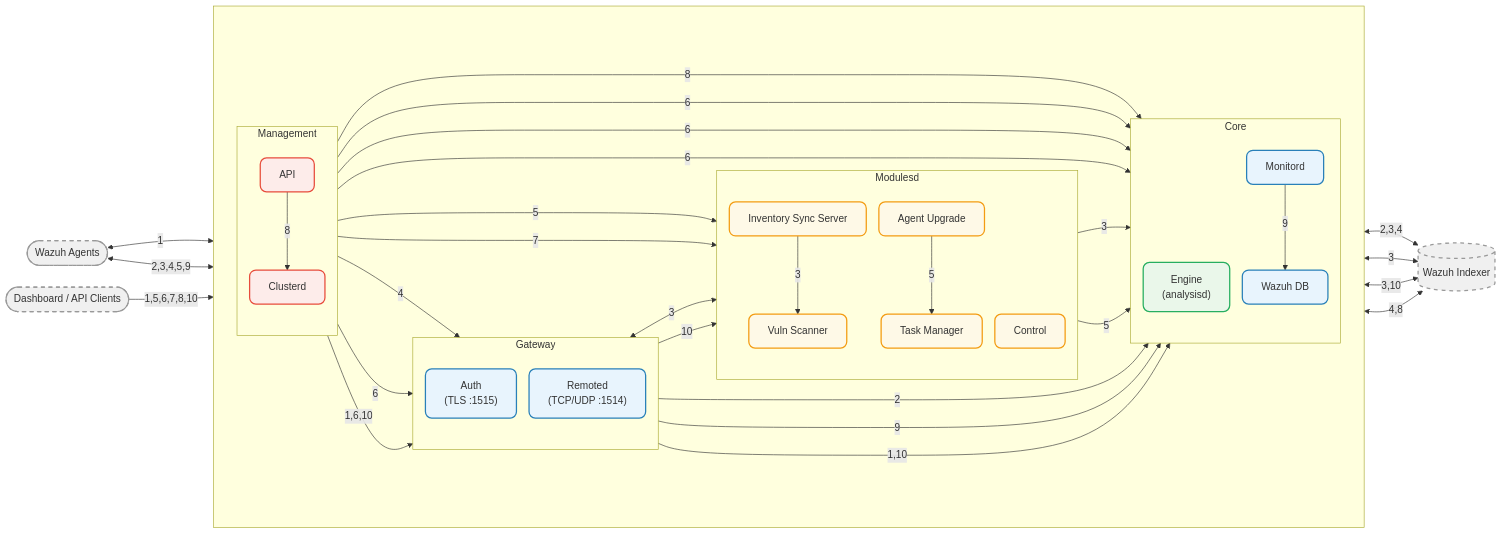
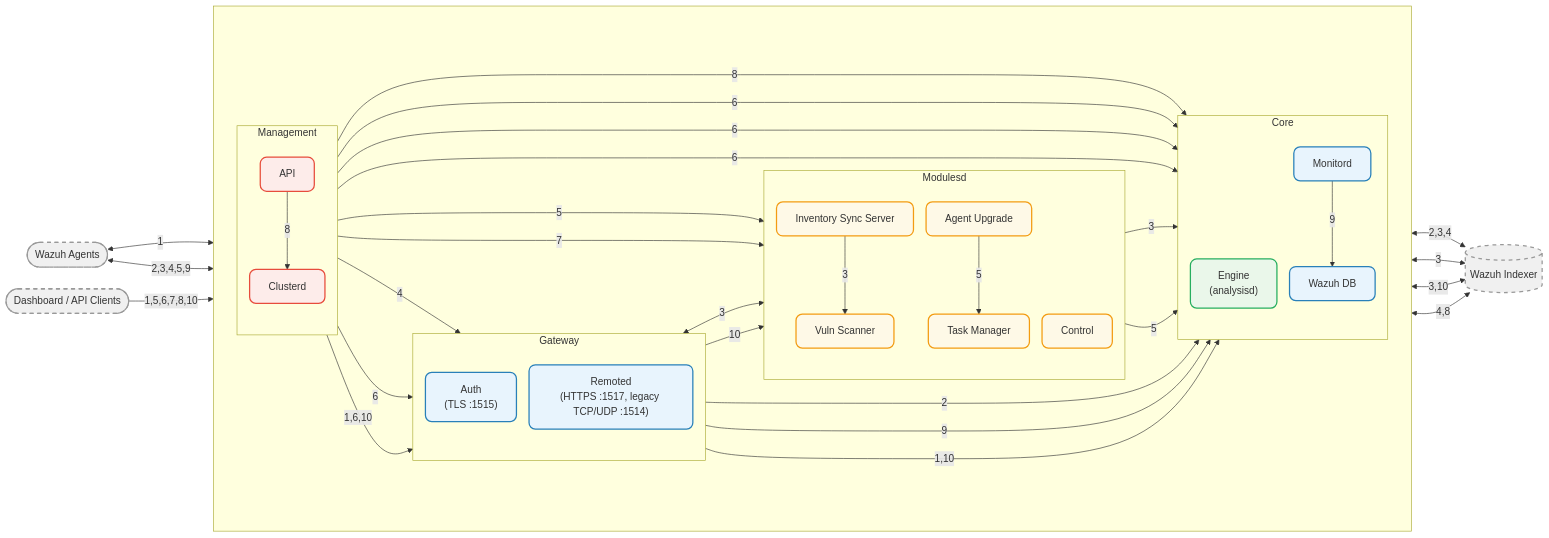
One commit to wazuh/wazuh changed the diagram in docs/ref/architecture.md. Above: the diagram before and after it, drawn with Mermaid. The commit also changed other lines of this file and 55 other files, not shown here.

```diff
--- a/docs/ref/architecture.md
+++ b/docs/ref/architecture.md
@@ -31,7 +31,7 @@
   subgraph gw["Gateway"]
     direction TB
     authd["Auth<br/>(TLS :1515)"]:::d
-    remoted["Remoted<br/>(TCP/UDP :1514)"]:::d
+    remoted["Remoted<br/>(HTTPS :1517, legacy TCP/UDP :1514)"]:::d
   end
 
   subgraph core["Core"]
```
